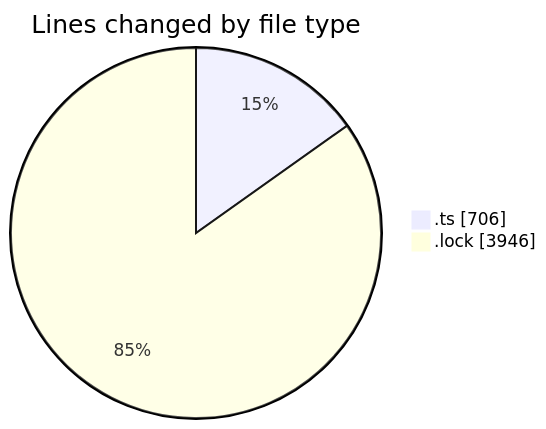
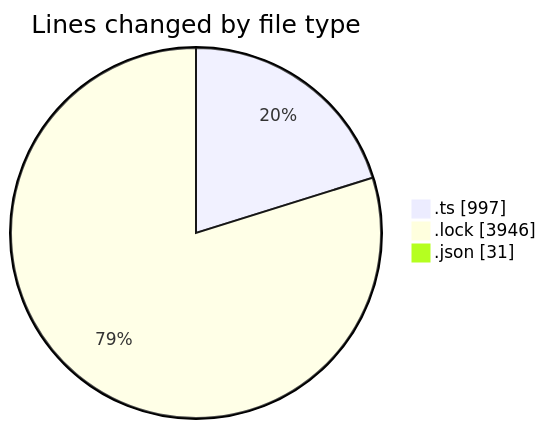
The first of 2 diagrams in 2025-08-19/cda/README.md (momahboobian/code-tracking), drawn with Mermaid before and after one commit. The commit also changed other lines of this file and 1 other file, not shown here.

````diff
--- a/2025-08-19/cda/README.md
+++ b/2025-08-19/cda/README.md
@@ -24,6 +25,7 @@
 ```mermaid
 pie showData
 title Lines changed by file type
-".ts" : 706
+".ts" : 997
 ".lock" : 3946
+".json" : 31
 ```
````
